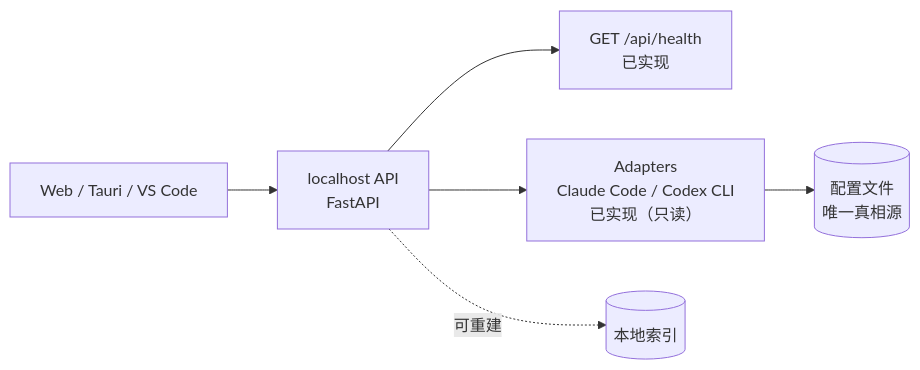
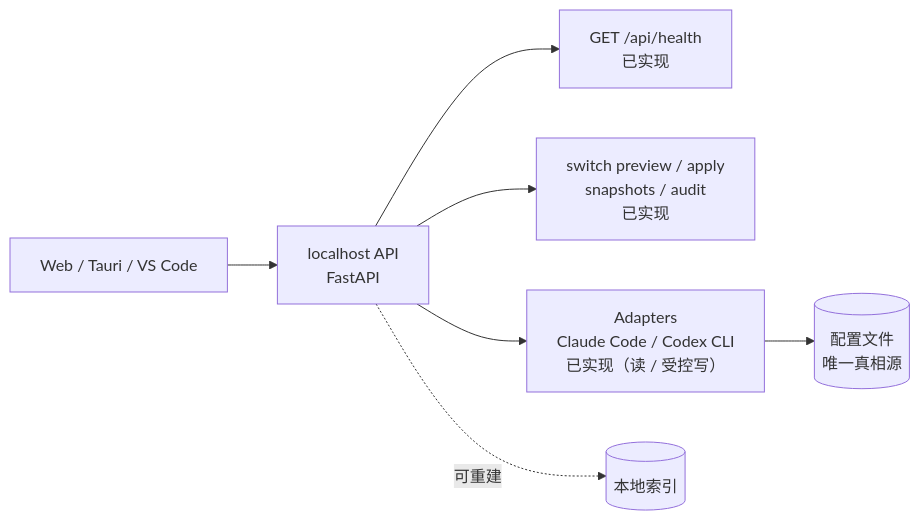
The diagram in README.md (xming-cell/CC-Roster), drawn with Mermaid before and after one commit. The commit also changed other lines of this file and 44 other files, not shown here.

````diff
--- a/README.md
+++ b/README.md
@@ -50,8 +51,9 @@
 ```mermaid
 flowchart LR
     UI["Web / Tauri / VS Code"] --> API["localhost API<br/>FastAPI"]
     API --> H["GET /api/health<br/>已实现"]
-    API --> AD["Adapters<br/>Claude Code / Codex CLI<br/>已实现（只读）"]
+    API --> SW["switch preview / apply<br/>snapshots / audit<br/>已实现"]
+    API --> AD["Adapters<br/>Claude Code / Codex CLI<br/>已实现（读 / 受控写）"]
     AD --> CFG[("配置文件<br/>唯一真相源")]
     API -. 可重建 .-> DB[("本地索引")]
 ```
````
